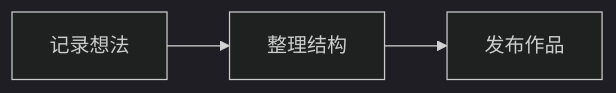
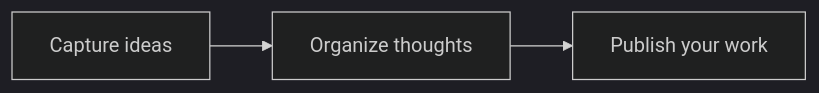
One commit to honkinglin/MarkEdit changed the first of 2 diagrams in examples/extended-markdown.md. Above: the diagram before and after it, drawn with Mermaid (dark theme). The commit also changed other lines of this file and 46 other files, not shown here.

````diff
--- a/examples/extended-markdown.md
+++ b/examples/extended-markdown.md
@@ -13,5 +13,5 @@
 ```mermaid
 flowchart LR
-  A[记录想法] --> B[整理结构]
-  B --> C[发布作品]
+  A[Capture ideas] --> B[Organize thoughts]
+  B --> C[Publish your work]
 ```
````
